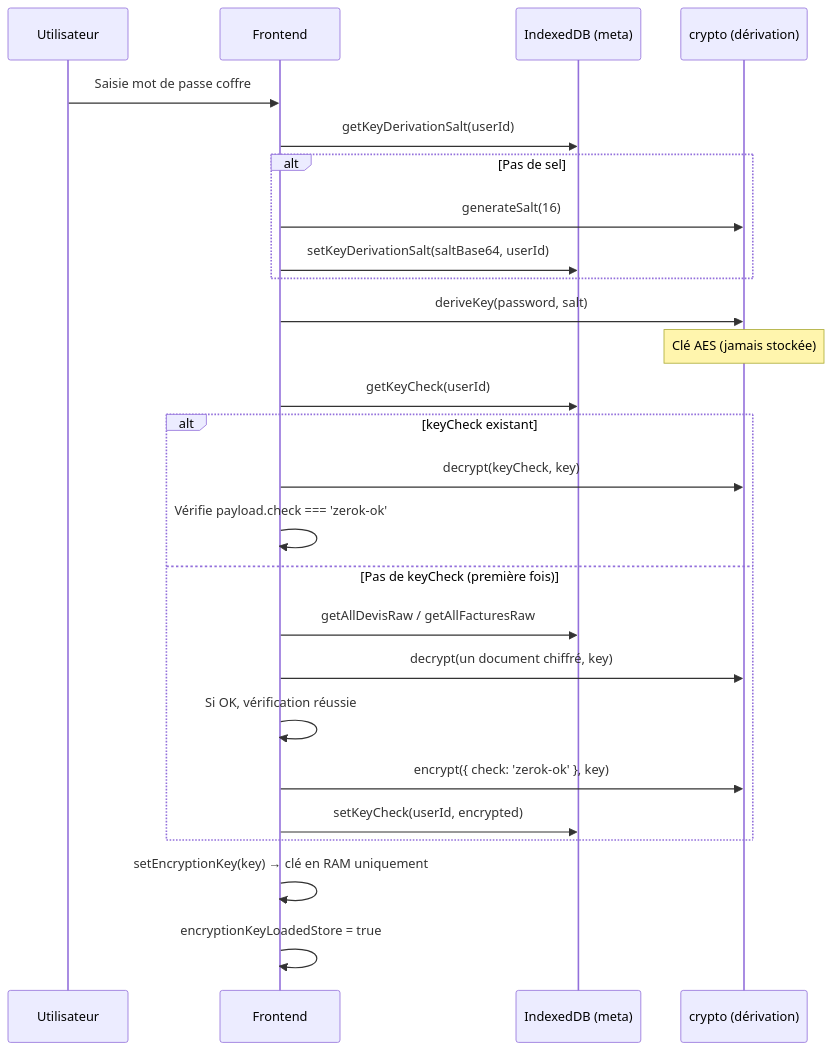
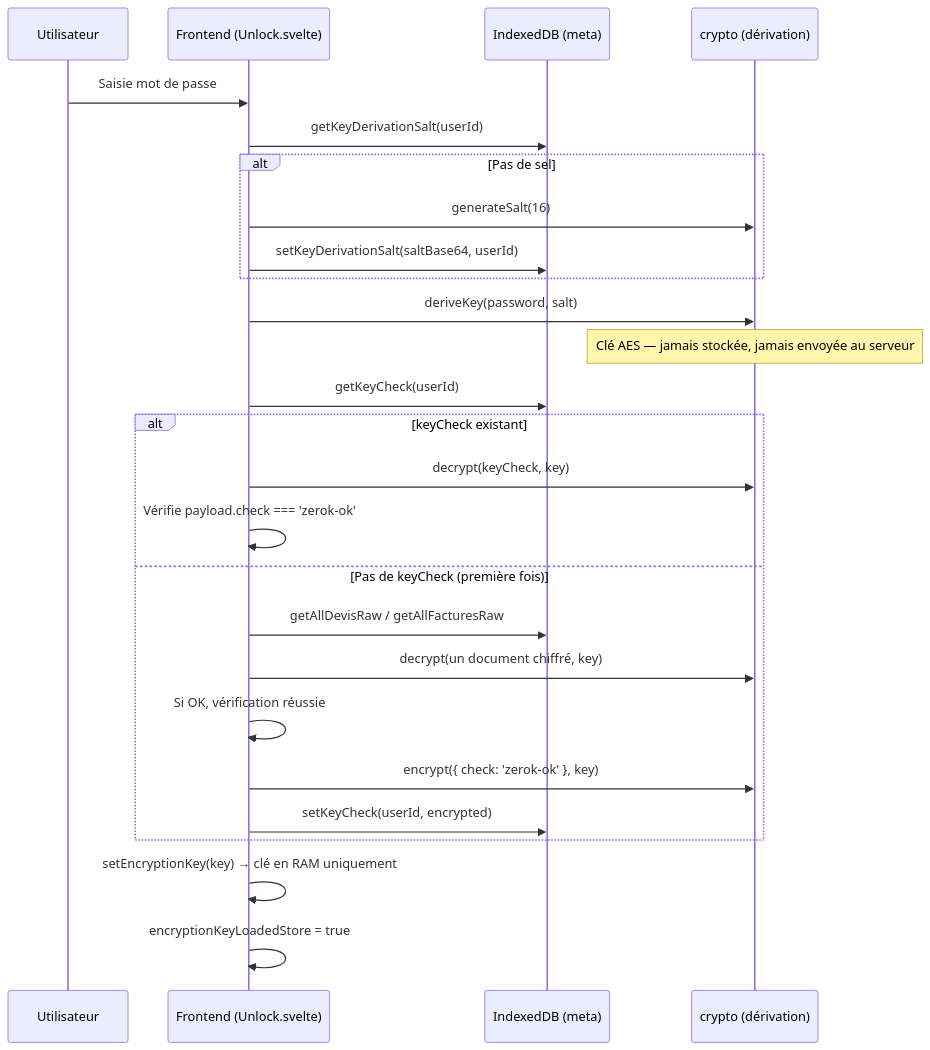
Before and after one commit to bannik62/zerok-billing: the second of 5 diagrams in docs/auth-session-derivation-cle.md, drawn with Mermaid. The commit also changed other lines of this file and 6 other files, not shown here.

````diff
--- a/docs/auth-session-derivation-cle.md
+++ b/docs/auth-session-derivation-cle.md
@@ -34,29 +36,29 @@
 ```mermaid
 sequenceDiagram
     participant U as Utilisateur
-    participant F as Frontend
+    participant F as Frontend (Unlock.svelte)
     participant IDB as IndexedDB (meta)
     participant Crypto as crypto (dérivation)
 
-    U->>F: Saisie mot de passe coffre
+    U->>F: Saisie mot de passe
     F->>IDB: getKeyDerivationSalt(userId)
     alt Pas de sel
         F->>Crypto: generateSalt(16)
         F->>IDB: setKeyDerivationSalt(saltBase64, userId)
     end
     F->>Crypto: deriveKey(password, salt)
-    Note over Crypto: Clé AES (jamais stockée)
+    Note over Crypto: Clé AES — jamais stockée, jamais envoyée au serveur
     F->>IDB: getKeyCheck(userId)
     alt keyCheck existant
         F->>Crypto: decrypt(keyCheck, key)
         F->>F: Vérifie payload.check === 'zerok-ok'
     else Pas de keyCheck (première fois)
         F->>IDB: getAllDevisRaw / getAllFacturesRaw
         F->>Crypto: decrypt(un document chiffré, key)
         F->>F: Si OK, vérification réussie
         F->>Crypto: encrypt({ check: 'zerok-ok' }, key)
         F->>IDB: setKeyCheck(userId, encrypted)
     end
     F->>F: setEncryptionKey(key) → clé en RAM uniquement
     F->>F: encryptionKeyLoadedStore = true
 ```
````
